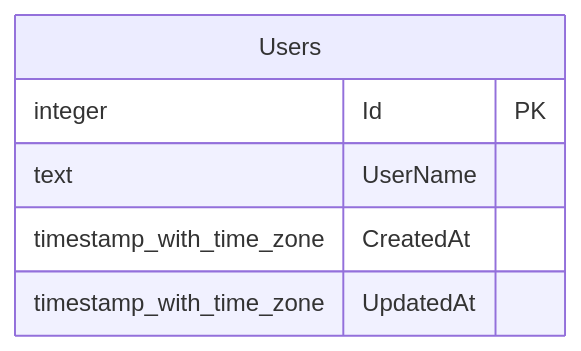
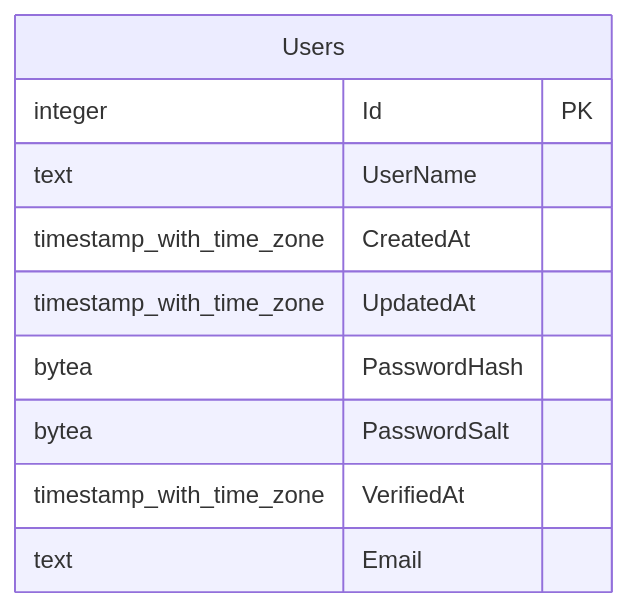
The diagram in README.md (andpew/educational), drawn with Mermaid before and after one commit.

Commit message:
Updated db scheme

````diff
--- a/README.md
+++ b/README.md
@@ -30,10 +31,13 @@
 ```mermaid
 erDiagram
     Users {
         integer Id PK
-        text UserName 
-        timestamp_with_time_zone CreatedAt 
-        timestamp_with_time_zone UpdatedAt 
+        text UserName
+        timestamp_with_time_zone CreatedAt
+        timestamp_with_time_zone UpdatedAt
+        bytea PasswordHash
+        bytea PasswordSalt
+        timestamp_with_time_zone VerifiedAt
+        text Email
     }
-
 ```
````
